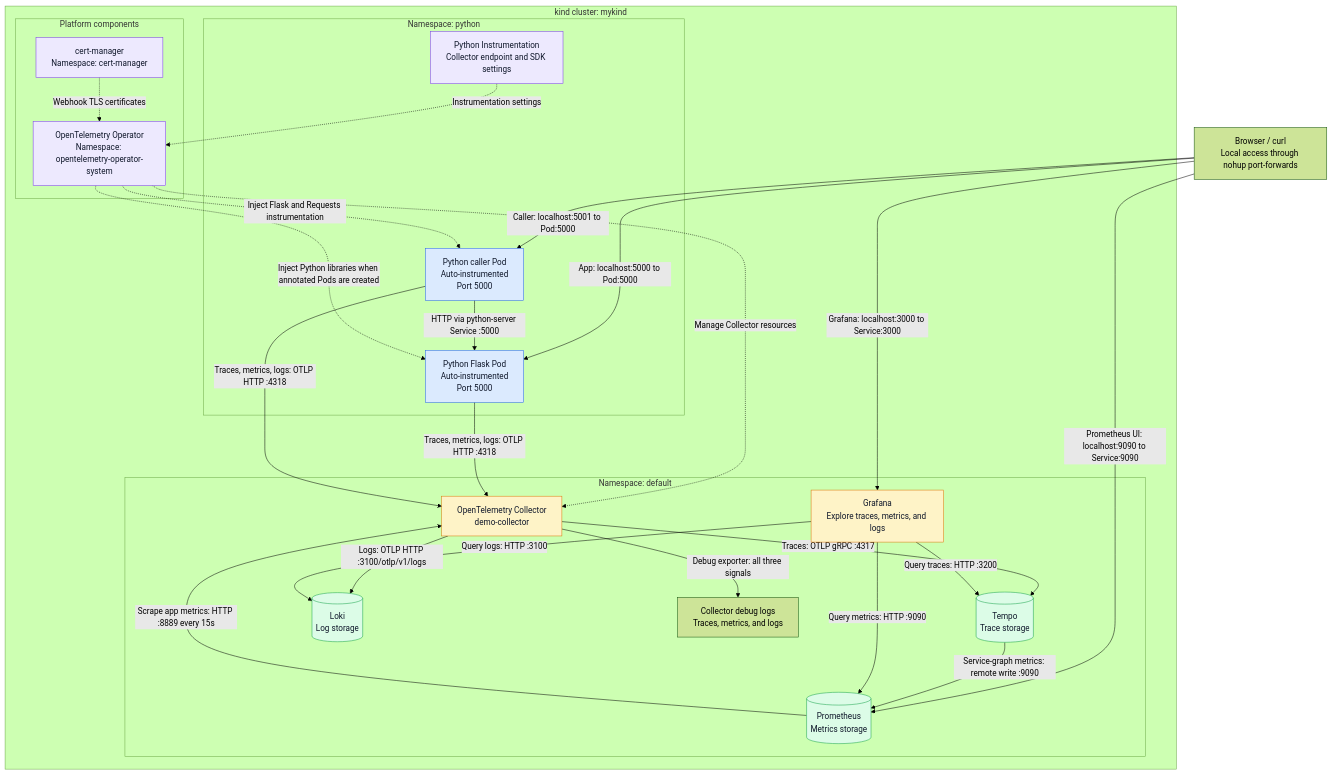
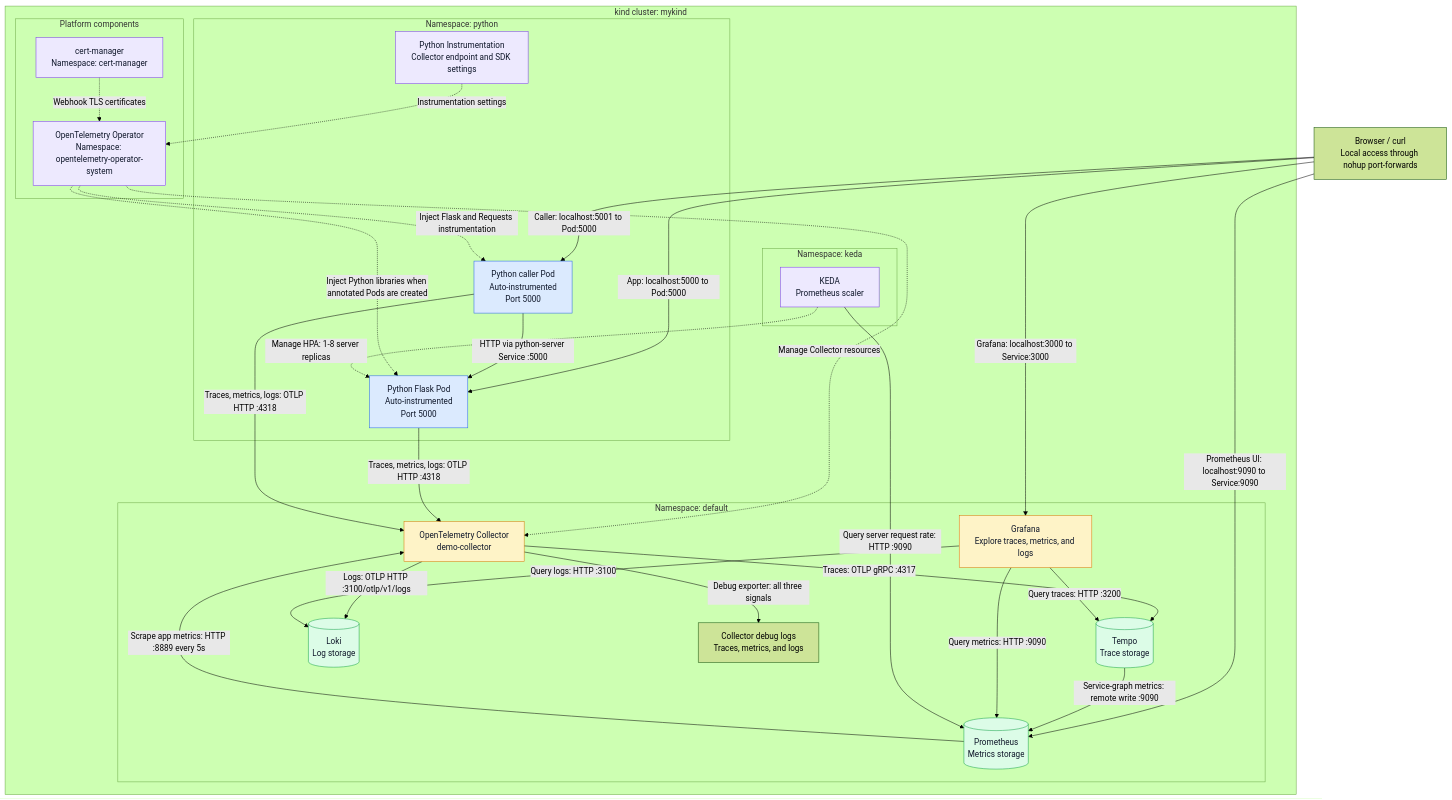
The diagram in README.md (jainrohitk/opentelemetry), drawn with Mermaid (forest theme) before and after one commit. The commit also changed other lines of this file and 4 other files, not shown here.

Commit message:
Add KEDA request-rate autoscaling and update setup documentation

````diff
--- a/README.md
+++ b/README.md
@@ -8,58 +8,64 @@
 ```mermaid
 flowchart TB
     Browser["Browser / curl<br/>Local access through nohup port-forwards"]
 
     subgraph Cluster["kind cluster: mykind"]
         subgraph Platform["Platform components"]
             CertManager["cert-manager<br/>Namespace: cert-manager"]
             Operator["OpenTelemetry Operator<br/>Namespace: opentelemetry-operator-system"]
         end
 
         subgraph PythonNamespace["Namespace: python"]
             Instrumentation["Python Instrumentation<br/>Collector endpoint and SDK settings"]
             App["Python Flask Pod<br/>Auto-instrumented<br/>Port 5000"]
             Client["Python caller Pod<br/>Auto-instrumented<br/>Port 5000"]
+        end
+
+        subgraph KedaNamespace["Namespace: keda"]
+            KEDA["KEDA<br/>Prometheus scaler"]
         end
 
         subgraph DefaultNamespace["Namespace: default"]
             Collector["OpenTelemetry Collector<br/>demo-collector"]
             Tempo[("Tempo<br/>Trace storage")]
             Prometheus[("Prometheus<br/>Metrics storage")]
             Loki[("Loki<br/>Log storage")]
             Grafana["Grafana<br/>Explore traces, metrics, and logs"]
             DebugLogs["Collector debug logs<br/>Traces, metrics, and logs"]
         end
     end
 
     Browser -->|"App: localhost:5000 to Pod:5000"| App
     Browser -->|"Caller: localhost:5001 to Pod:5000"| Client
     Client -->|"HTTP via python-server Service :5000"| App
     Browser -->|"Grafana: localhost:3000 to Service:3000"| Grafana
     Browser -->|"Prometheus UI: localhost:9090 to Service:9090"| Prometheus
 
     CertManager -.->|"Webhook TLS certificates"| Operator
     Instrumentation -.->|"Instrumentation settings"| Operator
     Operator -.->|"Inject Python libraries when annotated Pods are created"| App
     Operator -.->|"Inject Flask and Requests instrumentation"| Client
     Operator -.->|"Manage Collector resources"| Collector
 
     App -->|"Traces, metrics, logs: OTLP HTTP :4318"| Collector
     Client -->|"Traces, metrics, logs: OTLP HTTP :4318"| Collector
     Collector -->|"Traces: OTLP gRPC :4317"| Tempo
     Collector -->|"Logs: OTLP HTTP :3100/otlp/v1/logs"| Loki
     Tempo -->|"Service-graph metrics: remote write :9090"| Prometheus
-    Prometheus -->|"Scrape app metrics: HTTP :8889 every 15s"| Collector
+    Prometheus -->|"Scrape app metrics: HTTP :8889 every 5s"| Collector
     Grafana -->|"Query traces: HTTP :3200"| Tempo
     Grafana -->|"Query metrics: HTTP :9090"| Prometheus
     Grafana -->|"Query logs: HTTP :3100"| Loki
     Collector -->|"Debug exporter: all three signals"| DebugLogs
+    KEDA -->|"Query server request rate: HTTP :9090"| Prometheus
+    KEDA -.->|"Manage HPA: 1-8 server replicas"| App
 
     classDef app fill:#DBEAFE,stroke:#2563EB,color:#0F172A
     classDef collector fill:#FEF3C7,stroke:#D97706,color:#0F172A
     classDef storage fill:#DCFCE7,stroke:#16A34A,color:#0F172A
     classDef platform fill:#EDE9FE,stroke:#7C3AED,color:#0F172A
     class App,Client app
     class Collector,Grafana collector
     class Tempo,Prometheus,Loki storage
-    class CertManager,Operator,Instrumentation platform
+    class CertManager,Operator,Instrumentation,KEDA platform
 ```
````
